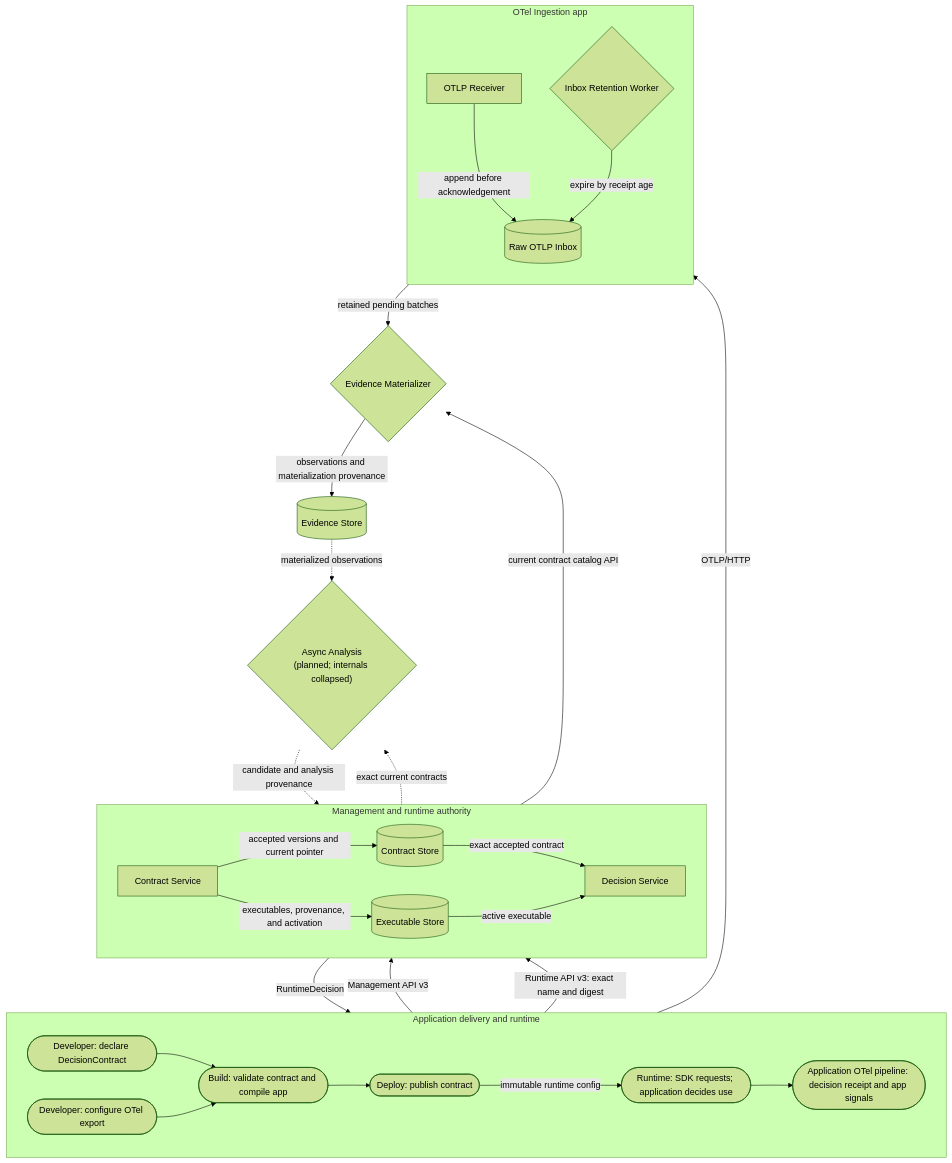
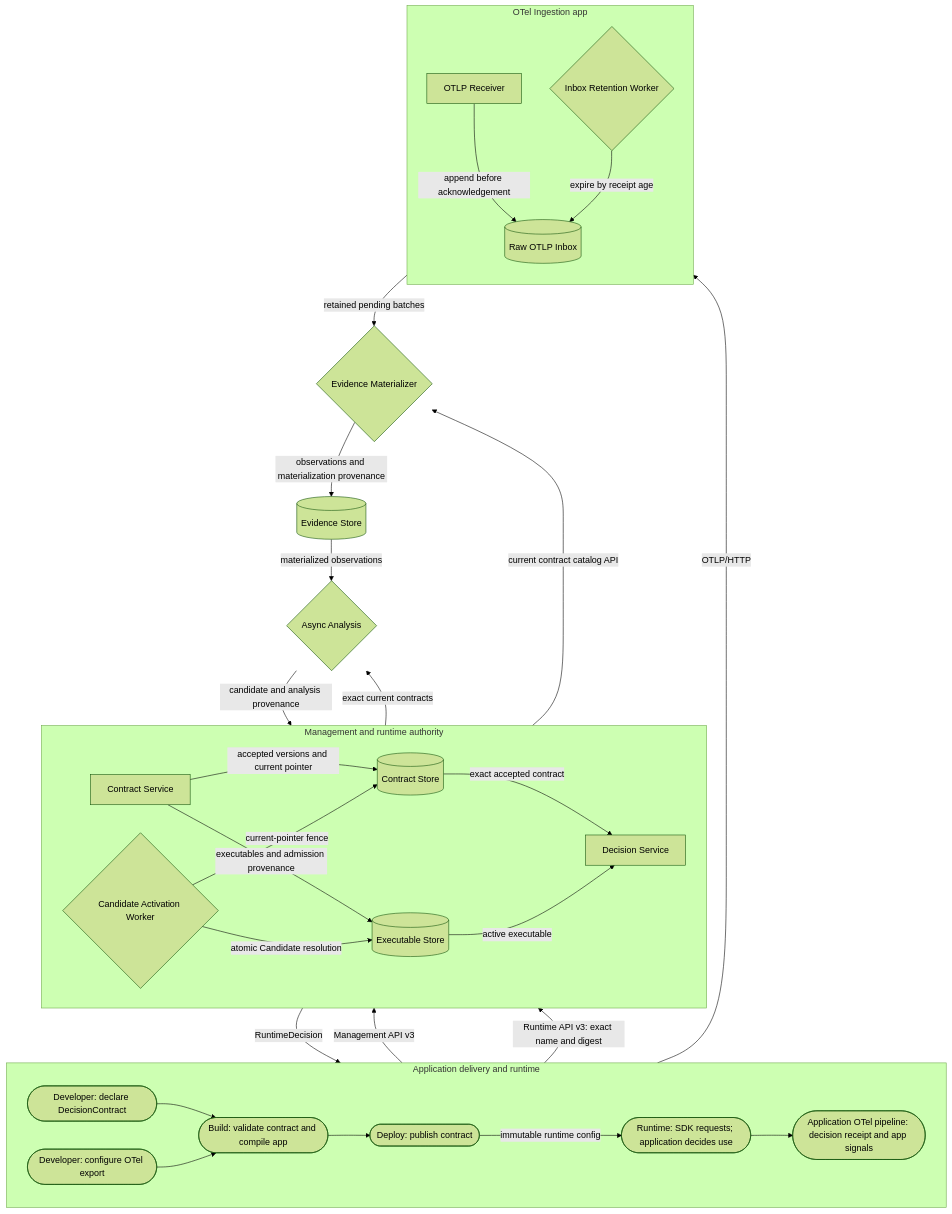
The diagram in docs/design/architecture/APP_BOUNDARIES.md (hahahahahaiyiwen/flaggo), drawn with Mermaid (forest theme) before and after one commit. The commit also changed other lines of this file and 21 other files, not shown here.

First line of the commit message:
[Phase 4] Activate validated analysis Candidates in Contract Service (#71)

````diff
--- a/docs/design/architecture/APP_BOUNDARIES.md
+++ b/docs/design/architecture/APP_BOUNDARIES.md
@@ -40,58 +37,61 @@
 ```mermaid
 flowchart TB
     subgraph client["Application delivery and runtime"]
         direction LR
         declare(["Developer: declare DecisionContract"])
         configure(["Developer: configure OTel export"])
         build(["Build: validate contract and compile app"])
         deploy(["Deploy: publish contract"])
         runtime(["Runtime: SDK requests; application decides use"])
         telemetry(["Application OTel pipeline: decision receipt and app signals"])
 
         declare --> build
         configure --> build
         build --> deploy
         deploy -->|immutable runtime config| runtime
         runtime --> telemetry
     end
 
     subgraph authority["Management and runtime authority"]
         direction LR
         contract["Contract Service"]
+        activation{"Candidate Activation Worker"}
         contractStore[("Contract Store")]
         executableStore[("Executable Store")]
         decision["Decision Service"]
 
         contract -->|accepted versions and current pointer| contractStore
-        contract -->|executables, provenance, and activation| executableStore
+        contract -->|executables and admission provenance| executableStore
+        activation -->|current-pointer fence| contractStore
+        activation -->|atomic Candidate resolution| executableStore
         contractStore -->|exact accepted contract| decision
         executableStore -->|active executable| decision
     end
 
     subgraph ingestion["OTel Ingestion app"]
         direction TB
         receiver["OTLP Receiver"]
         retention{"Inbox Retention Worker"}
         inbox[("Raw OTLP Inbox")]
 
         receiver -->|append before acknowledgement| inbox
         retention -->|expire by receipt age| inbox
     end
 
     materializer{"Evidence Materializer"}
     evidenceStore[("Evidence Store")]
-    analysis{"Async Analysis<br/>(planned; internals collapsed)"}
+    analysis{"Async Analysis"}
 
     deploy -->|Management API v3| contract
     runtime -->|Runtime API v3: exact name and digest| decision
     decision -->|RuntimeDecision| runtime
     telemetry -->|OTLP/HTTP| receiver
 
     inbox -->|retained pending batches| materializer
     contract -->|current contract catalog API| materializer
     materializer -->|observations and materialization provenance| evidenceStore
 
-    evidenceStore -.->|materialized observations| analysis
-    contract -.->|exact current contracts| analysis
-    analysis -.->|candidate and analysis provenance| contract
+    evidenceStore -->|materialized observations| analysis
+    contract -->|exact current contracts| analysis
+    analysis -->|candidate and analysis provenance| contract
 ```
````
